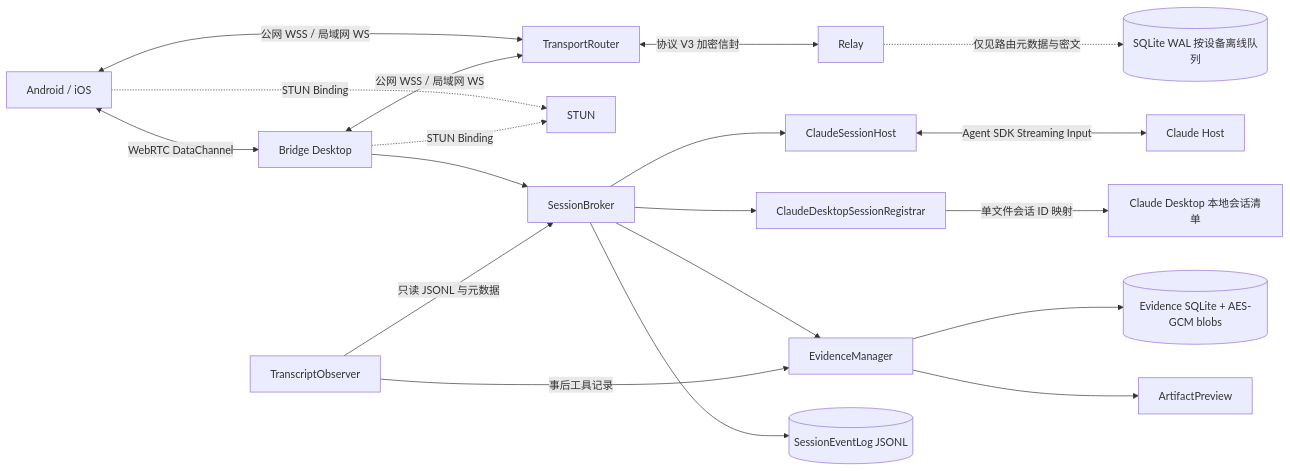
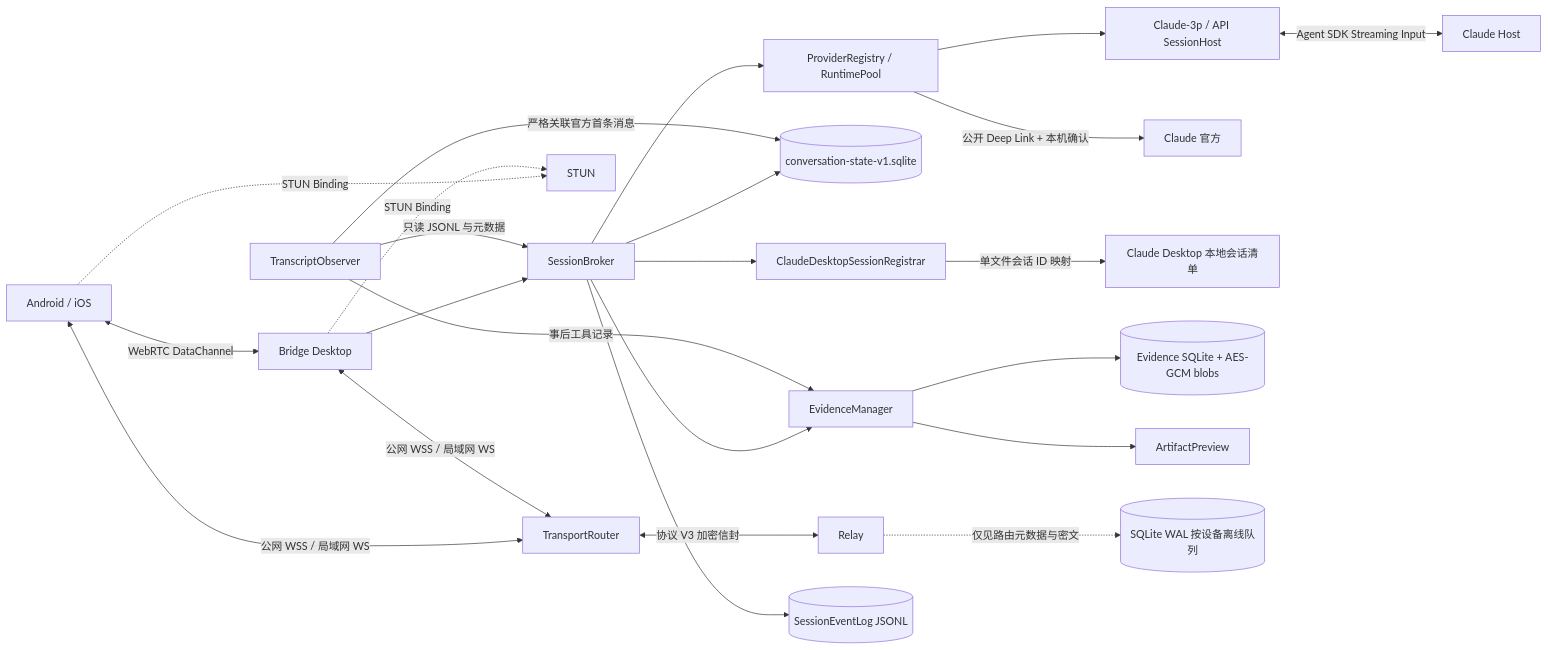
One commit to czhmartinez/claude-desktop-bridge changed the first of 3 diagrams in docs/ARCHITECTURE.md. Above: the diagram before and after it, drawn with Mermaid. The commit also changed other lines of this file and 16 other files, not shown here.

````diff
--- a/docs/ARCHITECTURE.md
+++ b/docs/ARCHITECTURE.md
@@ -8,21 +8,25 @@
 ```mermaid
 flowchart LR
   M["Android / iOS"] <-->|"WebRTC DataChannel"| D["Bridge Desktop"]
   M <-->|"公网 WSS / 局域网 WS"| T["TransportRouter"]
   D <-->|"公网 WSS / 局域网 WS"| T
   T <-->|"协议 V3 加密信封"| R["Relay"]
   M -.->|"STUN Binding"| S["STUN"]
   D -.->|"STUN Binding"| S
   D --> B["SessionBroker"]
-  B --> H["ClaudeSessionHost"]
+  B --> CS[("conversation-state-v1.sqlite")]
+  B --> PR["ProviderRegistry / RuntimePool"]
+  PR --> H["Claude-3p / API SessionHost"]
   H <-->|"Agent SDK Streaming Input"| C["Claude Host"]
+  PR -->|"公开 Deep Link + 本机确认"| CO["Claude 官方"]
   O["TranscriptObserver"] -->|"只读 JSONL 与元数据"| B
+  O -->|"严格关联官方首条消息"| CS
   B --> DR["ClaudeDesktopSessionRegistrar"]
   DR -->|"单文件会话 ID 映射"| DM["Claude Desktop 本地会话清单"]
   B --> EM["EvidenceManager"]
   O -->|"事后工具记录"| EM
   EM --> ES[("Evidence SQLite + AES-GCM blobs")]
   EM --> AP["ArtifactPreview"]
   B --> E[("SessionEventLog JSONL")]
   R -. "仅见路由元数据与密文" .-> Q[("SQLite WAL 按设备离线队列")]
 ```
````
